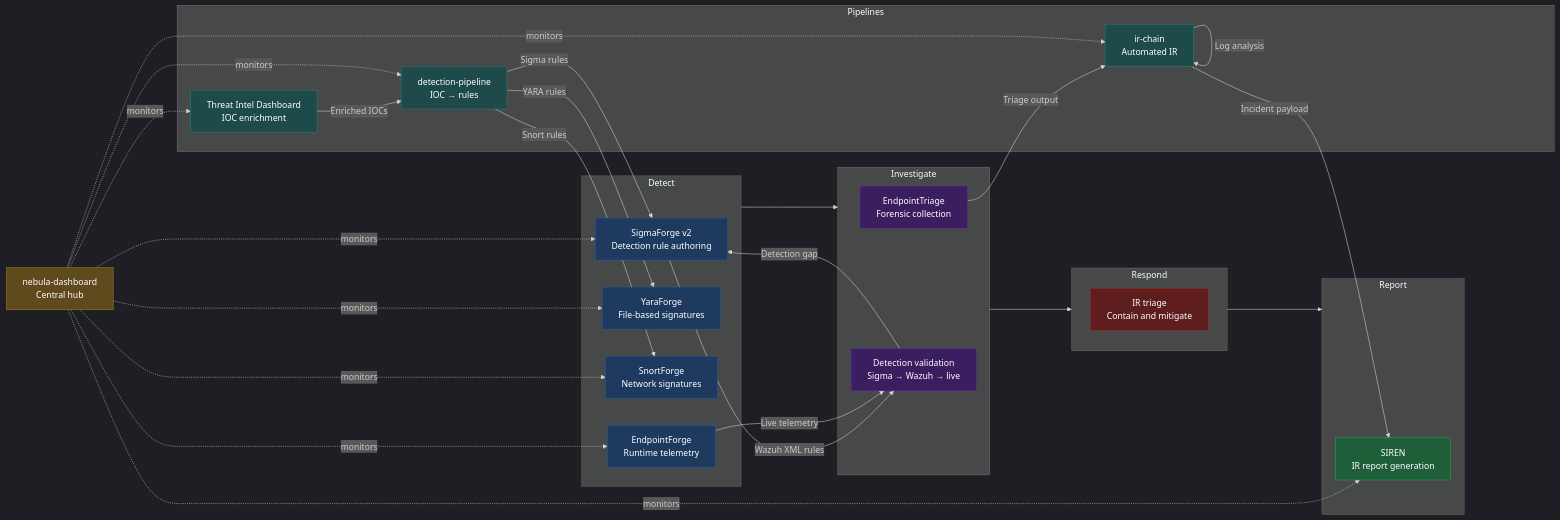
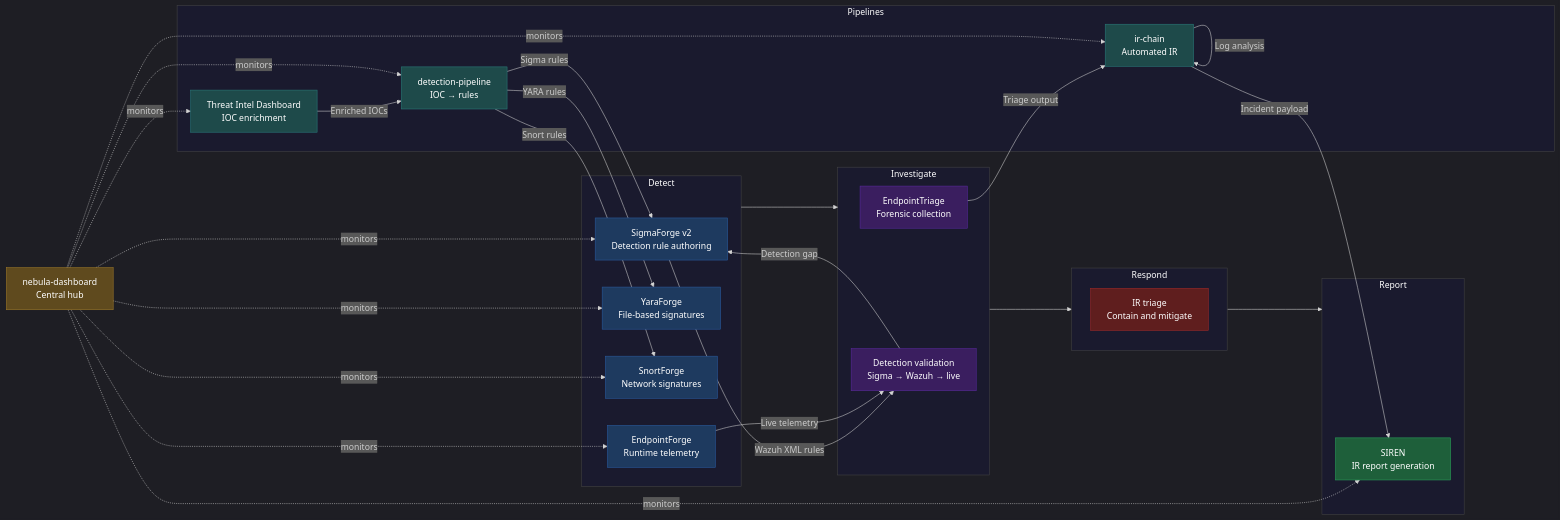
The diagram in README.md (Rootless-Ghost/Nebula-Forge), drawn with Mermaid before and after one commit.

````diff
--- a/README.md
+++ b/README.md
@@ -17,70 +17,70 @@
 ```mermaid
-%%{init: {'theme': 'dark'}}%%
+%%{init: {'theme': 'dark', 'themeVariables': {'clusterBkg': '#1a1a2e', 'clusterBorder': '#444', 'titleColor': '#ffffff'}}}%%
 flowchart LR
     subgraph Detect
         SF[SigmaForge v2\nDetection rule authoring]
         YF[YaraForge\nFile-based signatures]
         SNF[SnortForge\nNetwork signatures]
         EF[EndpointForge\nRuntime telemetry]
     end
 
     subgraph Investigate
         ET[EndpointTriage\nForensic collection]
         DV[Detection validation\nSigma → Wazuh → live]
     end
 
     subgraph Respond
         IR[IR triage\nContain and mitigate]
     end
 
     subgraph Report
         SR[SIREN\nIR report generation]
     end
 
     subgraph Pipelines
         TI[Threat Intel Dashboard\nIOC enrichment]
         DP[detection-pipeline\nIOC → rules]
         IC[ir-chain\nAutomated IR]
     end
 
     ND[nebula-dashboard\nCentral hub]
 
     Detect --> Investigate --> Respond --> Report
 
     SF -->|Wazuh XML rules| DV
     EF -->|Live telemetry| DV
     DV -->|Detection gap| SF
 
     TI -->|Enriched IOCs| DP
     DP -->|Sigma rules| SF
     DP -->|YARA rules| YF
     DP -->|Snort rules| SNF
 
     ET -->|Triage output| IC
     IC -->|Log analysis| IC
     IC -->|Incident payload| SR
 
     ND -.->|monitors| SF
     ND -.->|monitors| YF
     ND -.->|monitors| SNF
     ND -.->|monitors| EF
     ND -.->|monitors| TI
     ND -.->|monitors| SR
     ND -.->|monitors| DP
     ND -.->|monitors| IC
 
     classDef detect     fill:#1e3a5f,stroke:#2a5a9f,color:#fff
     classDef investigate fill:#3a1e5f,stroke:#5a2a9f,color:#fff
     classDef respond    fill:#5f1e1e,stroke:#9f2a2a,color:#fff
     classDef report     fill:#1e5f3a,stroke:#2a9f5a,color:#fff
     classDef pipeline   fill:#1e4a4a,stroke:#2a7a7a,color:#fff
     classDef hub        fill:#5f4a1e,stroke:#9f7a2a,color:#fff
 
     class SF,YF,SNF,EF detect
     class ET,DV investigate
     class IR respond
     class SR report
     class TI,DP,IC pipeline
     class ND hub
 
 ```
````
